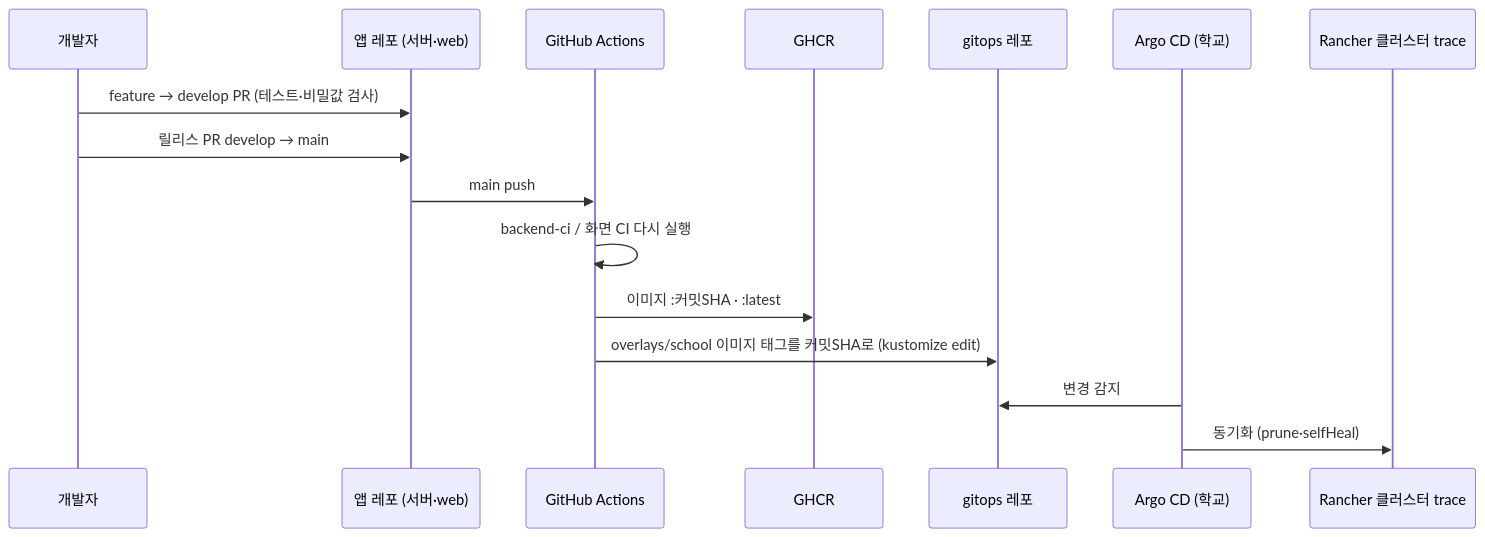
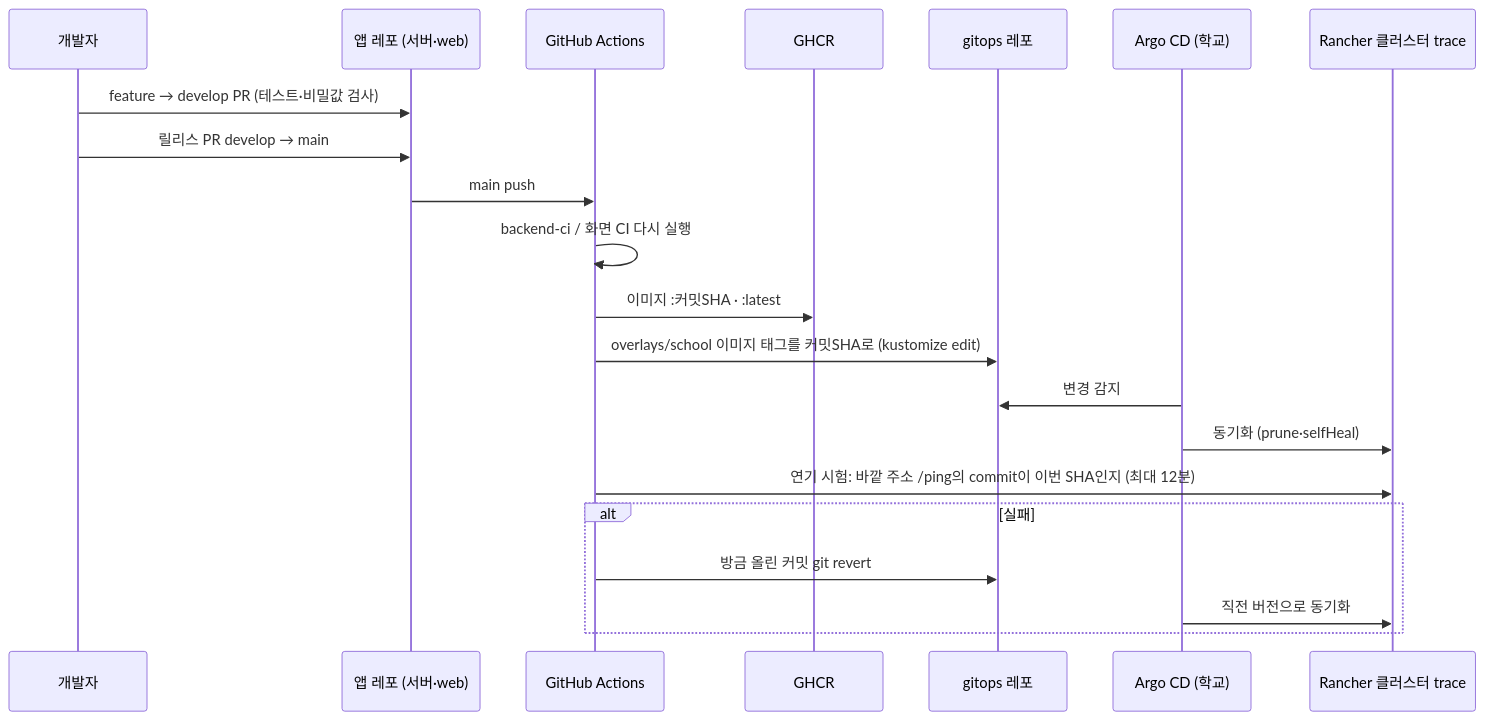
Before and after one commit to GAKDO/docs: the second of 2 diagrams in architecture.md, drawn with Mermaid. The commit also changed 3 other files, not shown here.

````diff
--- a/architecture.md
+++ b/architecture.md
@@ -68,19 +68,24 @@
 ```mermaid
 sequenceDiagram
   participant Dev as 개발자
   participant App as 앱 레포 (서버·web)
   participant GA as GitHub Actions
   participant GHCR as GHCR
   participant Ops as gitops 레포
   participant Argo as Argo CD (학교)
   participant K8s as Rancher 클러스터 trace
 
   Dev->>App: feature → develop PR (테스트·비밀값 검사)
   Dev->>App: 릴리스 PR develop → main
   App->>GA: main push
   GA->>GA: backend-ci / 화면 CI 다시 실행
   GA->>GHCR: 이미지 :커밋SHA · :latest
   GA->>Ops: overlays/school 이미지 태그를 커밋SHA로 (kustomize edit)
   Argo->>Ops: 변경 감지
   Argo->>K8s: 동기화 (prune·selfHeal)
+  GA->>K8s: 연기 시험: 바깥 주소 /ping의 commit이 이번 SHA인지 (최대 12분)
+  alt 실패
+    GA->>Ops: 방금 올린 커밋 git revert
+    Argo->>K8s: 직전 버전으로 동기화
+  end
 ```
````
